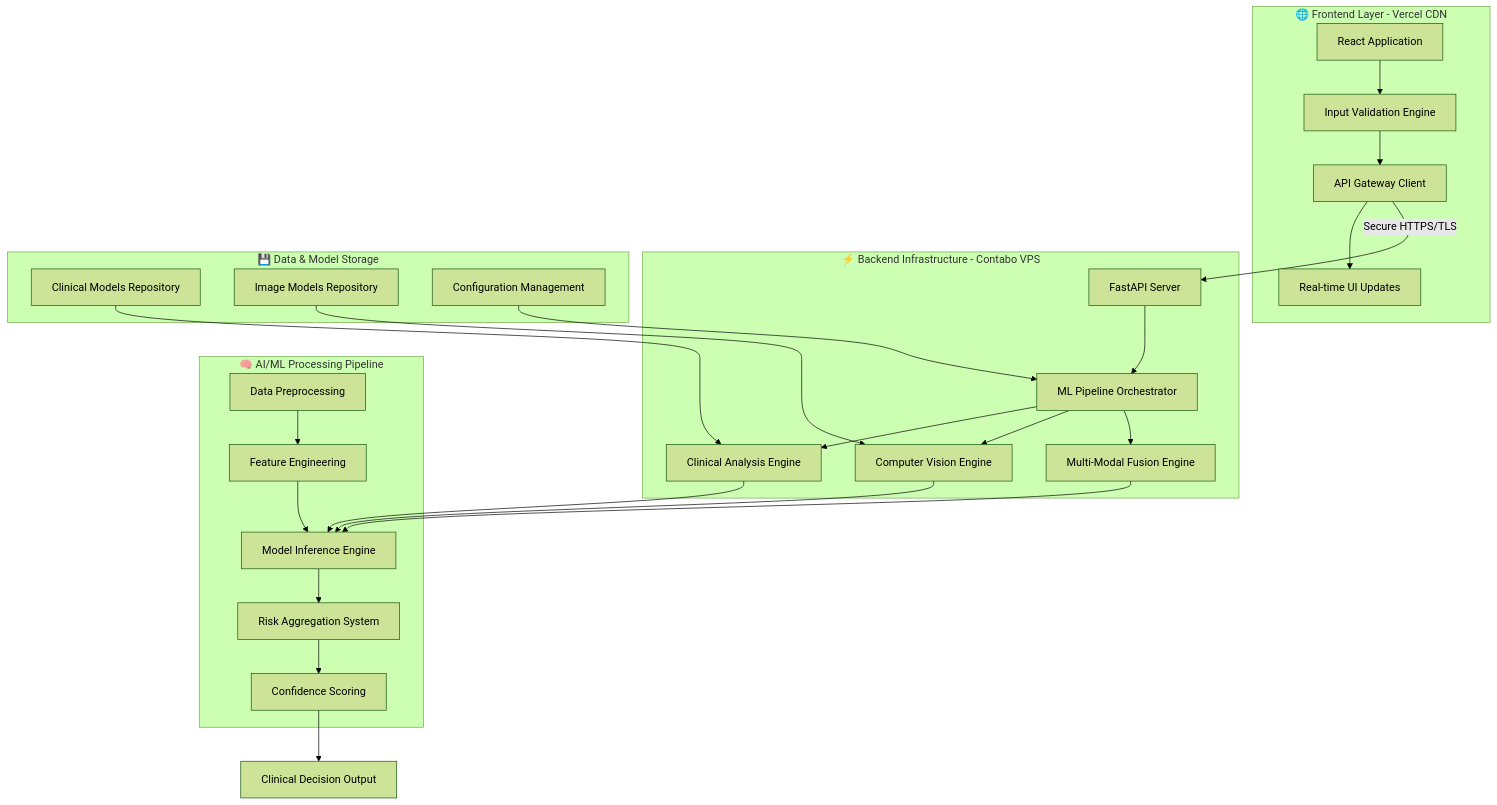
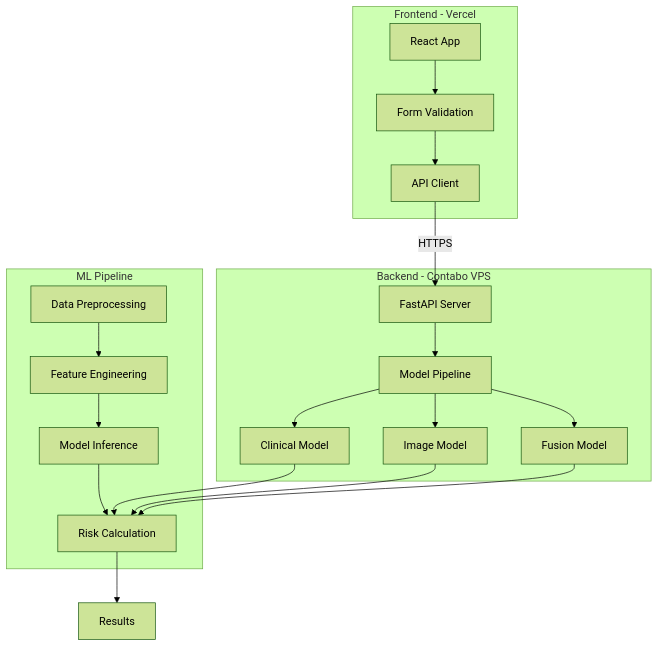
The diagram in README.md (codedbydumi/heart-disease), drawn with Mermaid (forest theme) before and after one commit. The commit also changed other lines of this file, not shown here.

````diff
--- a/README.md
+++ b/README.md
@@ -159,37 +84,26 @@
 ```mermaid
 graph TB
-    subgraph "🌐 Frontend Layer - Vercel CDN"
-        A[React Application] --> B[Input Validation Engine]
-        B --> C[API Gateway Client]
-        C --> D[Real-time UI Updates]
+    subgraph "Frontend - Vercel"
+        A[React App] --> B[Form Validation]
+        B --> C[API Client]
     end
     
-    subgraph "⚡ Backend Infrastructure - Contabo VPS"
-        E[FastAPI Server] --> F[ML Pipeline Orchestrator]
-        F --> G[Clinical Analysis Engine]
-        F --> H[Computer Vision Engine]
-        F --> I[Multi-Modal Fusion Engine]
+    subgraph "Backend - Contabo VPS"
+        D[FastAPI Server] --> E[Model Pipeline]
+        E --> F[Clinical Model]
+        E --> G[Image Model]
+        E --> H[Fusion Model]
     end
     
-    subgraph "🧠 AI/ML Processing Pipeline"
-        J[Data Preprocessing] --> K[Feature Engineering]
-        K --> L[Model Inference Engine]
-        L --> M[Risk Aggregation System]
-        M --> N[Confidence Scoring]
+    subgraph "ML Pipeline"
+        I[Data Preprocessing] --> J[Feature Engineering]
+        J --> K[Model Inference]
+        K --> L[Risk Calculation]
     end
     
-    subgraph "💾 Data & Model Storage"
-        O[Clinical Models Repository]
-        P[Image Models Repository]
-        Q[Configuration Management]
-    end
-    
-    C -->|Secure HTTPS/TLS| E
+    C -->|HTTPS| D
+    F --> L
     G --> L
     H --> L
-    I --> L
-    O --> G
-    P --> H
-    Q --> F
-    N --> R[Clinical Decision Output]
+    L --> M[Results]
 ```
````
